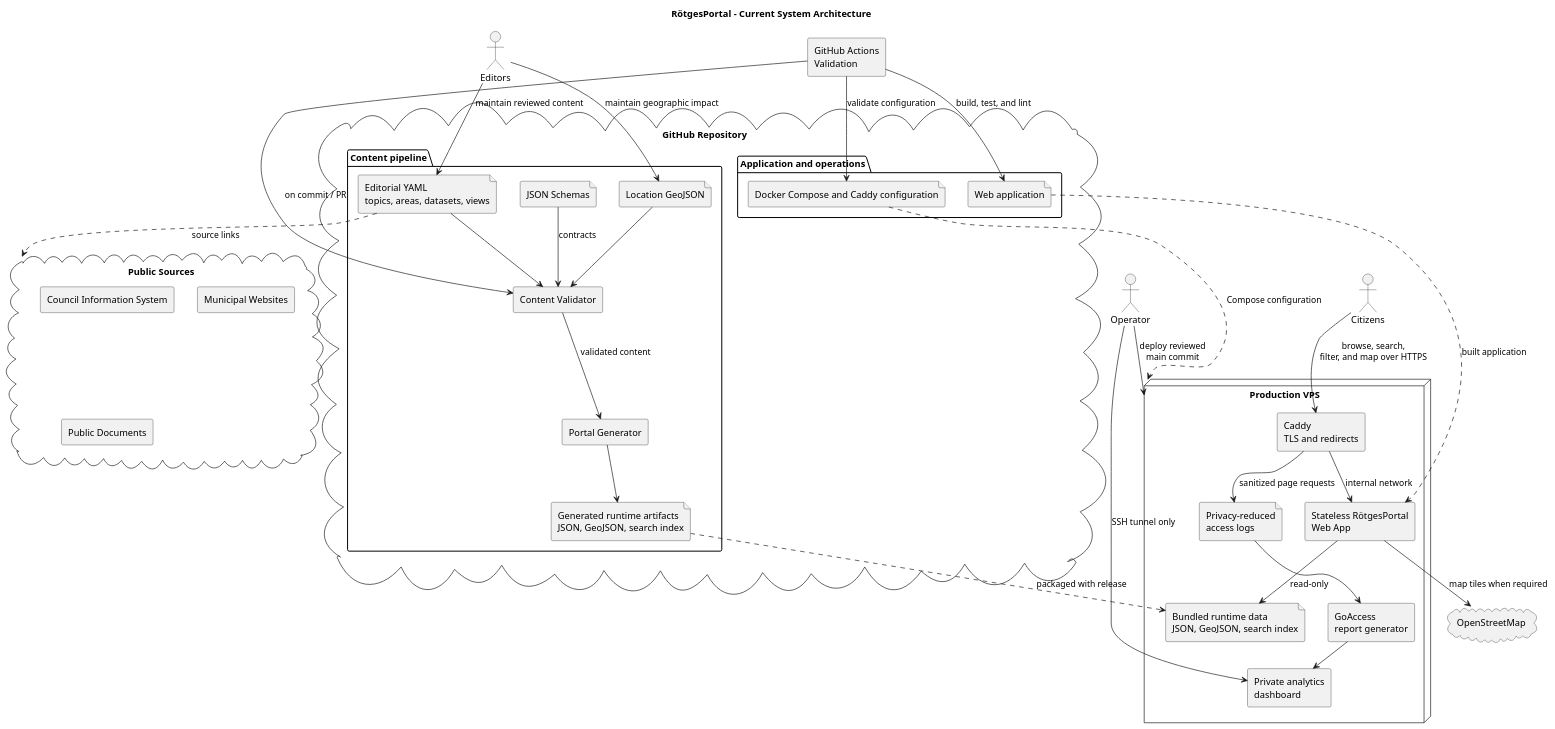
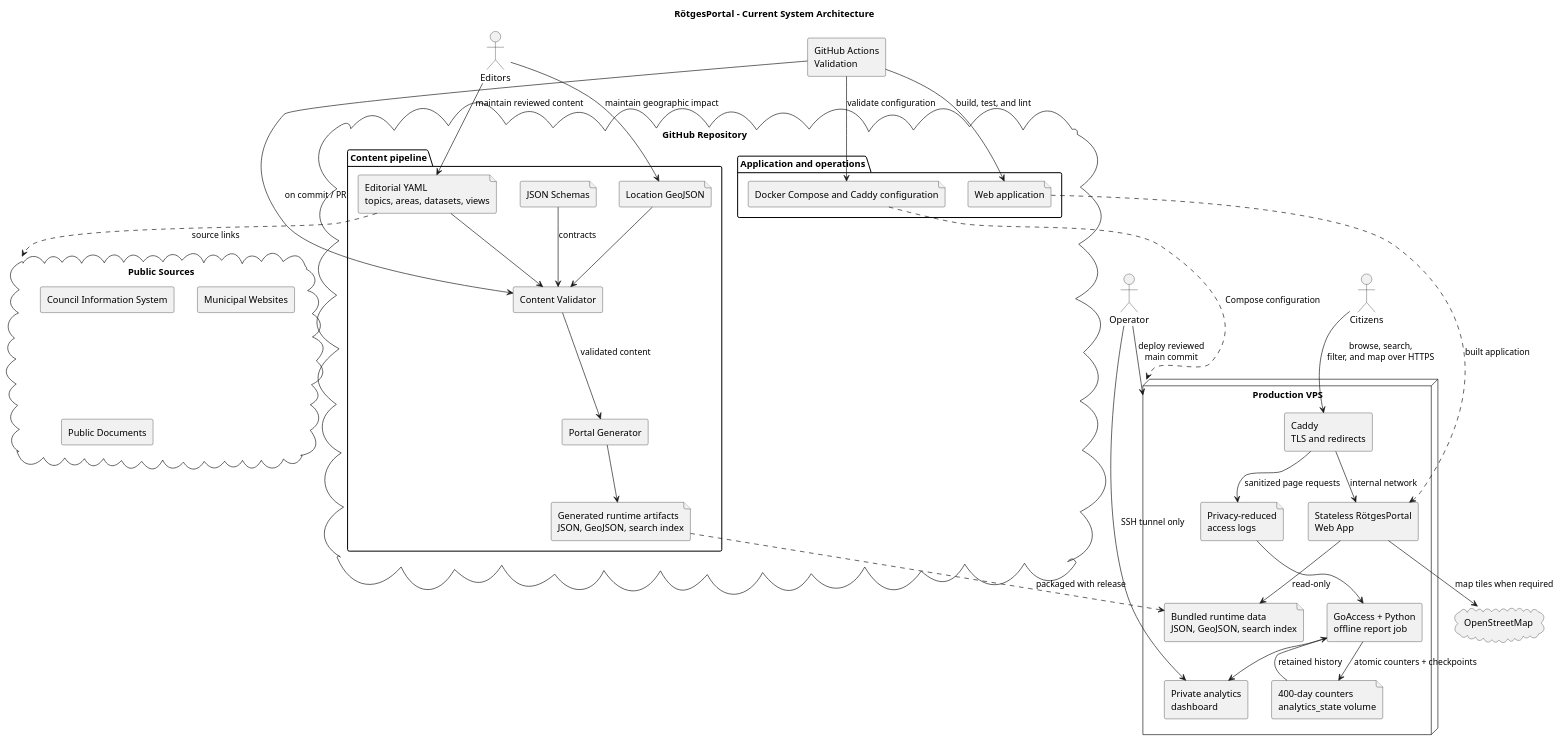
Before and after one commit to codeWithDEI/RoetgesPortal: the diagram in docs/architecture/system-architecture.puml, drawn with PlantUML. The commit also changed 21 other files, not shown here.

```diff
--- a/docs/architecture/system-architecture.puml
+++ b/docs/architecture/system-architecture.puml
@@ -1,74 +1,77 @@
 @startuml
 title RötgesPortal – Current System Architecture
 
 skinparam componentStyle rectangle
 skinparam shadowing false
 skinparam nodesep 35
 skinparam ranksep 40
 
 actor "Editors" as Editor
 actor "Citizens" as Citizen
 actor "Operator" as Operator
 
 cloud "GitHub Repository" {
   package "Content pipeline" {
     file "Editorial YAML\ntopics, areas, datasets, views" as Content
     file "Location GeoJSON" as Locations
     file "JSON Schemas" as Schemas
     component "Content Validator" as Validator
     component "Portal Generator" as Generator
     file "Generated runtime artifacts\nJSON, GeoJSON, search index" as Generated
   }
 
   package "Application and operations" {
     file "Web application" as WebSource
     file "Docker Compose and Caddy configuration" as Deployment
   }
 }
 
 component "GitHub Actions\nValidation" as Pipeline
 
 node "Production VPS" as Hosting {
   component "Caddy\nTLS and redirects" as Caddy
   component "Stateless RötgesPortal\nWeb App" as Portal
   file "Bundled runtime data\nJSON, GeoJSON, search index" as RuntimeData
   file "Privacy-reduced\naccess logs" as AccessLogs
-  component "GoAccess\nreport generator" as Analytics
+  component "GoAccess + Python\noffline report job" as Analytics
+  file "400-day counters\nanalytics_state volume" as Counters
   component "Private analytics\ndashboard" as Dashboard
 }
 
 cloud "OpenStreetMap" as OSM
 cloud "Public Sources" as Sources {
   component "Council Information System"
   component "Municipal Websites"
   component "Public Documents"
 }
 
 Editor --> Content : maintain reviewed content
 Editor --> Locations : maintain geographic impact
 Content --> Validator
 Locations --> Validator
 Schemas --> Validator : contracts
 Validator --> Generator : validated content
 Generator --> Generated
 
 Pipeline --> Validator : on commit / PR
 Pipeline --> WebSource : build, test, and lint
 Pipeline --> Deployment : validate configuration
 Operator --> Hosting : deploy reviewed\nmain commit
 
 Citizen --> Caddy : browse, search,\nfilter, and map over HTTPS
 Caddy --> Portal : internal network
 WebSource ..> Portal : built application
 Deployment ..> Hosting : Compose configuration
 Generated ..> RuntimeData : packaged with release
 Portal --> RuntimeData : read-only
 Portal --> OSM : map tiles when required
 Caddy --> AccessLogs : sanitized page requests
 AccessLogs --> Analytics
+Analytics --> Counters : atomic counters + checkpoints
+Counters --> Analytics : retained history
 Analytics --> Dashboard
 Operator --> Dashboard : SSH tunnel only
 
 Content ..> Sources : source links
 
 @enduml
```
